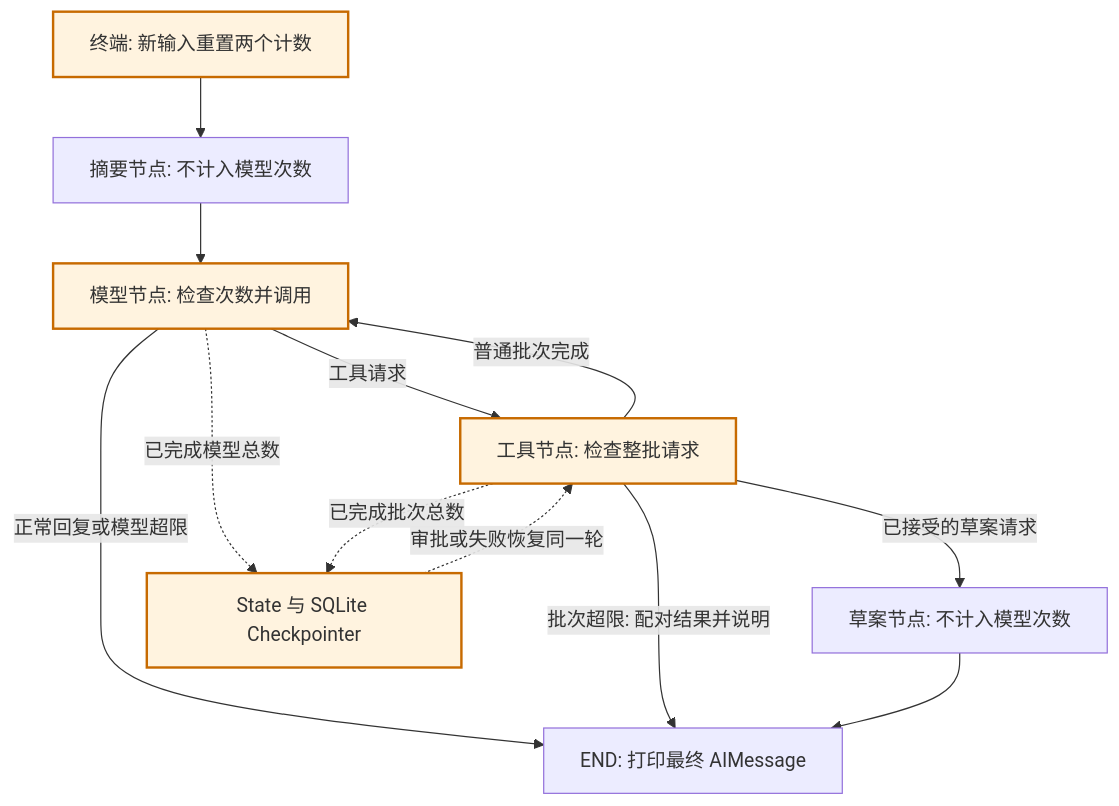
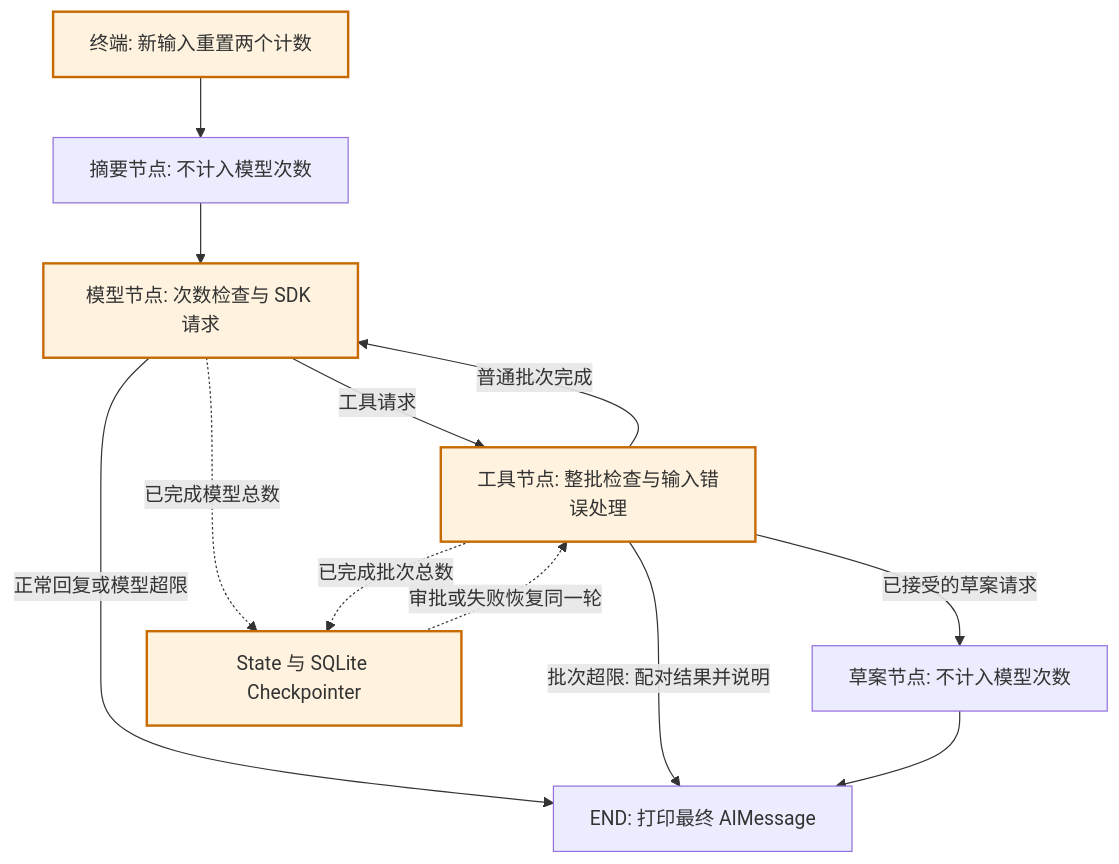
One commit to HarryXiong24/agents changed the ninth of 9 diagrams in src/agent_apps/todo_list_assistant_agent/docs/VERSIONS.zh-CN.md. Above: the diagram before and after it, drawn with Mermaid. The commit also changed other lines of this file and 15 other files, not shown here.

````diff
--- a/src/agent_apps/todo_list_assistant_agent/docs/VERSIONS.zh-CN.md
+++ b/src/agent_apps/todo_list_assistant_agent/docs/VERSIONS.zh-CN.md
@@ -1310,16 +1310,16 @@
 ```mermaid
 flowchart TD
     U[终端: 新输入重置两个计数] --> S[摘要节点: 不计入模型次数]
-    S --> M[模型节点: 检查次数并调用]
-    M -->|工具请求| T[工具节点: 检查整批请求]
+    S --> M[模型节点: 次数检查与 SDK 请求]
+    M -->|工具请求| T[工具节点: 整批检查与输入错误处理]
     M -->|正常回复或模型超限| E[END: 打印最终 AIMessage]
     T -->|普通批次完成| M
     T -->|批次超限: 配对结果并说明| E
     T -->|已接受的草案请求| D[草案节点: 不计入模型次数]
     D --> E
     M -. 已完成模型总数 .-> C[State 与 SQLite Checkpointer]
     T -. 已完成批次总数 .-> C
     C -. 审批或失败恢复同一轮 .-> T
     classDef changed fill:#fff3df,stroke:#c76a00,stroke-width:2px;
     class U,M,T,C changed;
 ```
````
